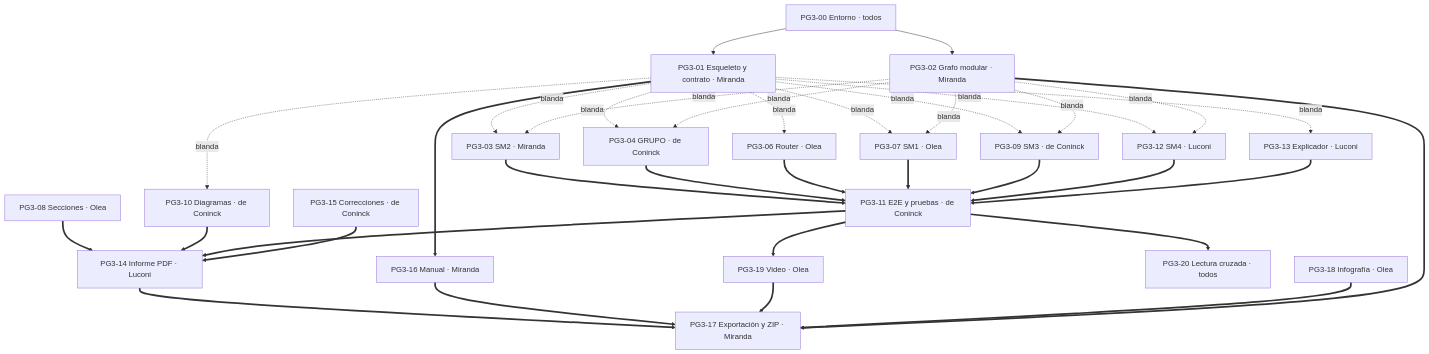
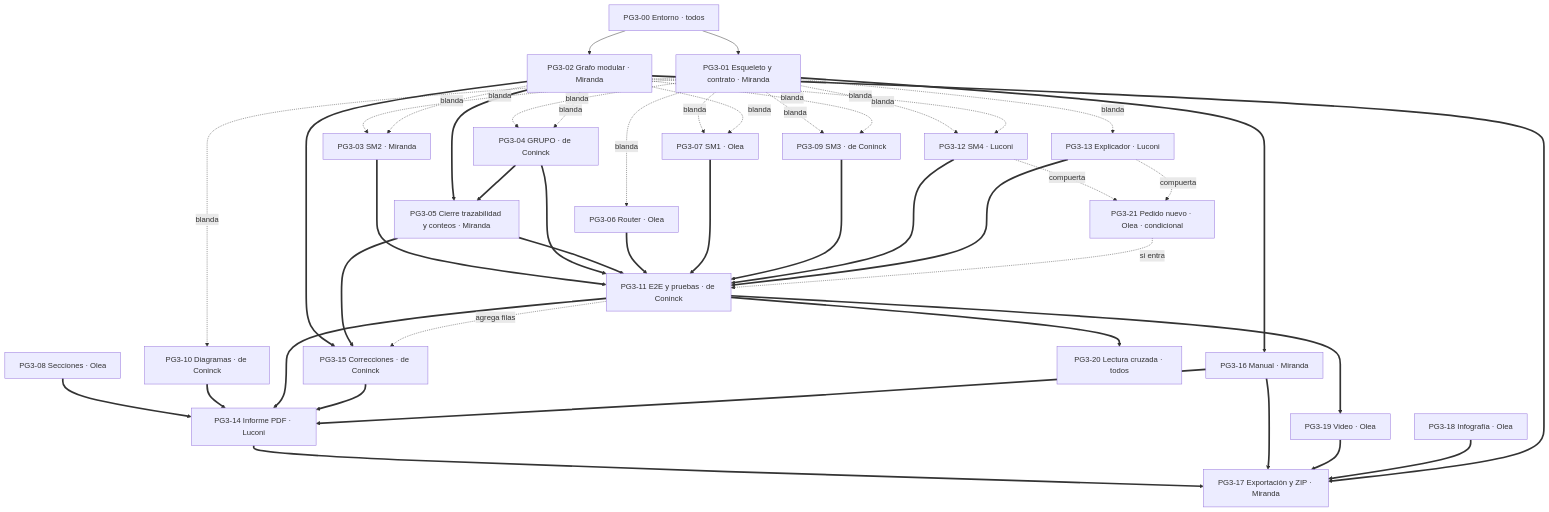
Before and after one commit to Maaurimiranda/SeleccionDeNotebooks_IA: the diagram in docs/plan/PLAN_PG3.md, drawn with Mermaid. The commit also changed other lines of this file and 12 other files, not shown here.

````diff
--- a/docs/plan/PLAN_PG3.md
+++ b/docs/plan/PLAN_PG3.md
@@ -59,22 +71,27 @@
 ```mermaid
 flowchart TD
     P00[PG3-00 Entorno · todos] --> P01 & P02
     P01[PG3-01 Esqueleto y contrato · Miranda]
     P02[PG3-02 Grafo modular · Miranda]
     P01 -.blanda.-> P03[PG3-03 SM2 · Miranda]
     P01 -.blanda.-> P04[PG3-04 GRUPO · de Coninck]
     P01 -.blanda.-> P06[PG3-06 Router · Olea]
     P01 -.blanda.-> P07[PG3-07 SM1 · Olea]
     P01 -.blanda.-> P09[PG3-09 SM3 · de Coninck]
     P01 -.blanda.-> P12[PG3-12 SM4 · Luconi]
     P01 -.blanda.-> P13[PG3-13 Explicador · Luconi]
     P02 -.blanda.-> P03 & P07 & P09 & P12 & P04
-    P03 & P04 & P06 & P07 & P09 & P12 & P13 ==> P11[PG3-11 E2E y pruebas · de Coninck]
+    P02 & P04 ==> P05[PG3-05 Cierre trazabilidad y conteos · Miranda]
+    P03 & P04 & P05 & P06 & P07 & P09 & P12 & P13 ==> P11[PG3-11 E2E y pruebas · de Coninck]
+    P12 & P13 -.compuerta.-> P21[PG3-21 Pedido nuevo · Olea · condicional]
+    P21 -.si entra.-> P11
     P01 -.blanda.-> P10[PG3-10 Diagramas · de Coninck]
     P11 ==> P19[PG3-19 Video · Olea]
     P01 ==> P16[PG3-16 Manual · Miranda]
     P08[PG3-08 Secciones · Olea] ==> P14
-    P10 & P11 & P15[PG3-15 Correcciones · de Coninck] ==> P14[PG3-14 Informe PDF · Luconi]
+    P02 & P05 ==> P15[PG3-15 Correcciones · de Coninck]
+    P11 -.agrega filas.-> P15
+    P10 & P11 & P15 & P16 ==> P14[PG3-14 Informe PDF · Luconi]
     P11 ==> P20[PG3-20 Lectura cruzada · todos]
     P14 & P16 & P19 & P18[PG3-18 Infografía · Olea] & P02 ==> P17[PG3-17 Exportación y ZIP · Miranda]
 ```
````
